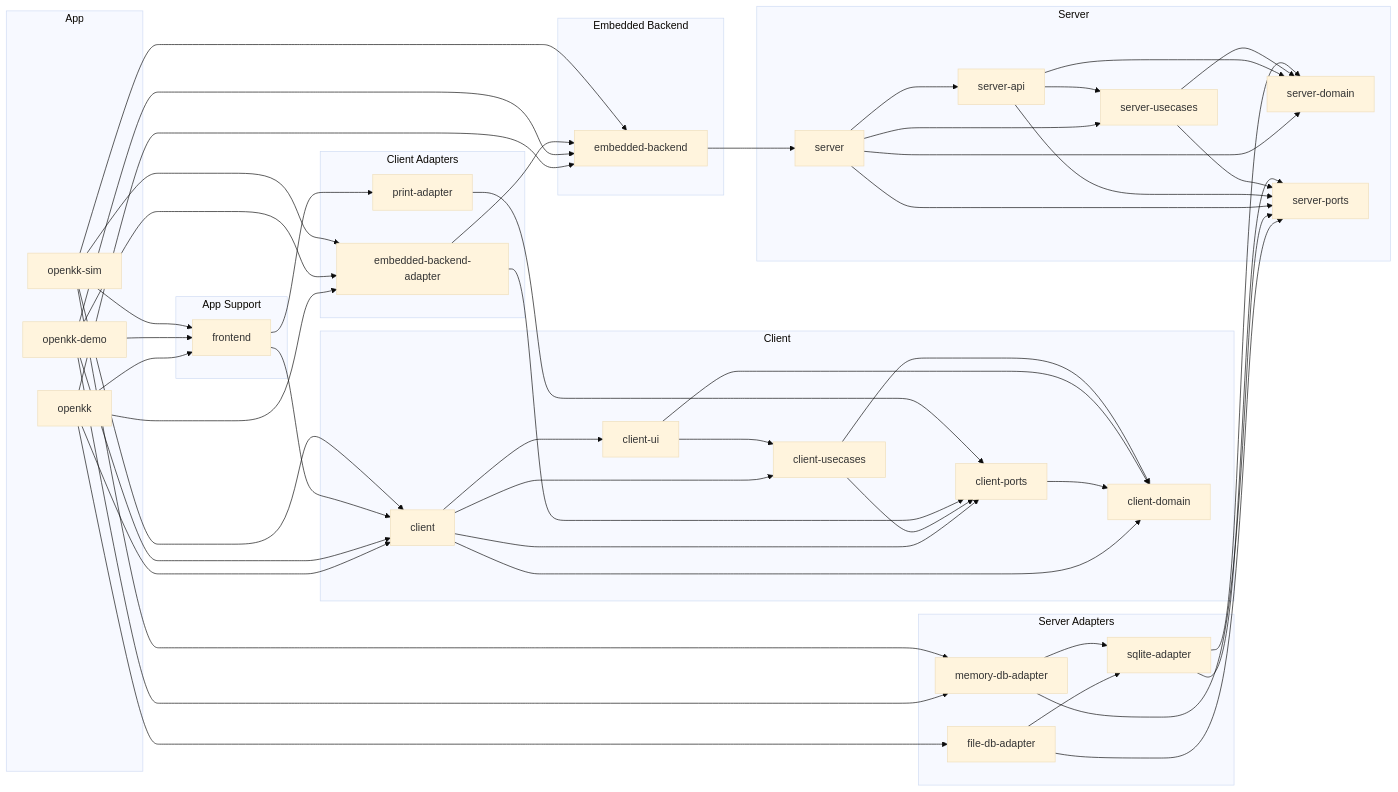
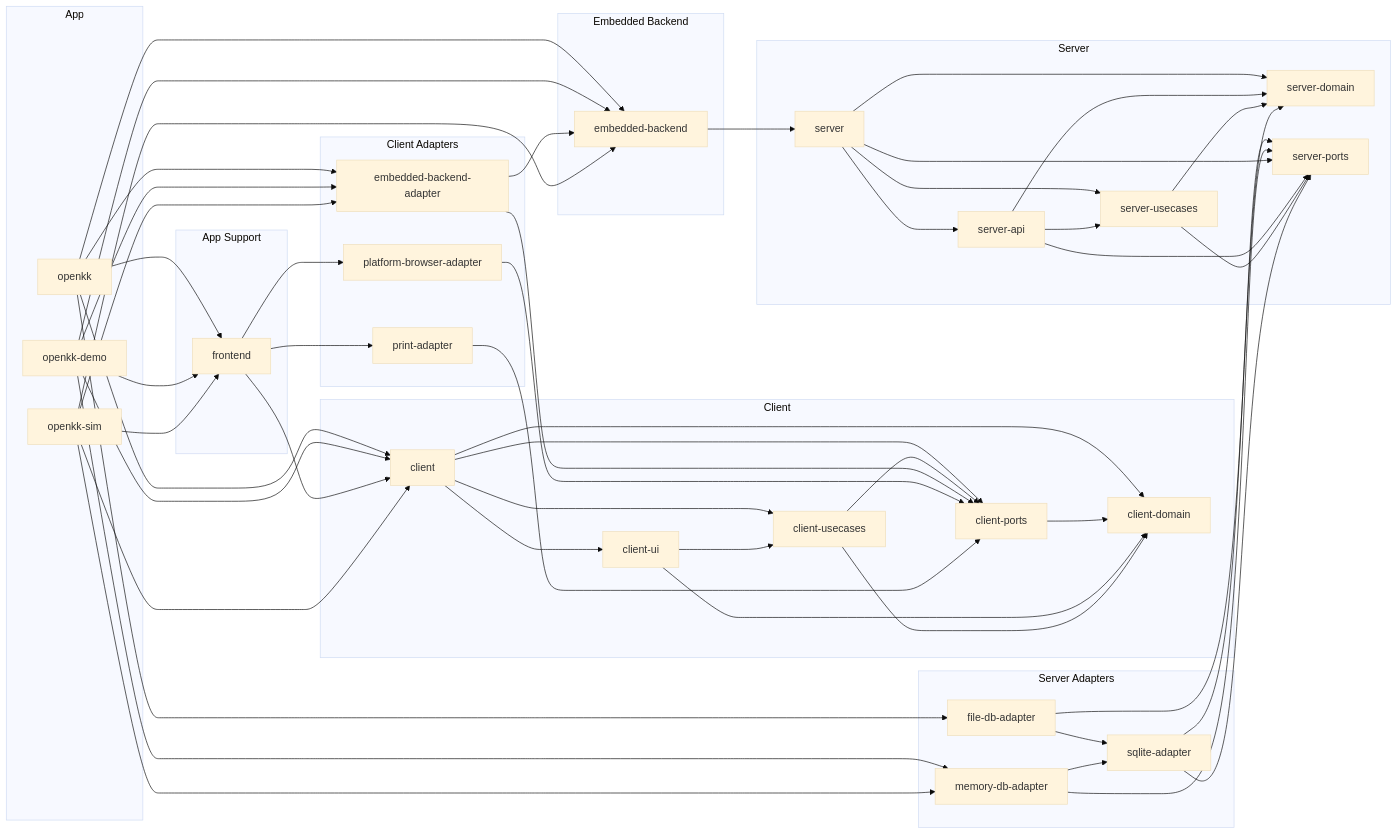
Before and after one commit to rubydogjp/openkk: the diagram in docs/dependency-graph.md, drawn with Mermaid (base theme). The commit also changed other lines of this file and 44 other files, not shown here.

First line of the commit message:
refactor: ブラウザ依存の機能を PlatformPort と platform-browser-adapter に分離する

```diff
--- a/docs/dependency-graph.md
+++ b/docs/dependency-graph.md
@@ -22,6 +22,7 @@
 
   subgraph client_adapters["Client Adapters"]
     rubydogjp_openkk_embedded_backend_adapter["embedded-backend-adapter"]
+    rubydogjp_openkk_platform_browser_adapter["platform-browser-adapter"]
     rubydogjp_openkk_print_adapter["print-adapter"]
   end
 
@@ -76,9 +77,11 @@
   rubydogjp_openkk_file_db_adapter --> rubydogjp_openkk_server_ports
   rubydogjp_openkk_file_db_adapter --> rubydogjp_openkk_sqlite_adapter
   rubydogjp_openkk_frontend --> rubydogjp_openkk_client
+  rubydogjp_openkk_frontend --> rubydogjp_openkk_platform_browser_adapter
   rubydogjp_openkk_frontend --> rubydogjp_openkk_print_adapter
   rubydogjp_openkk_memory_db_adapter --> rubydogjp_openkk_server_ports
   rubydogjp_openkk_memory_db_adapter --> rubydogjp_openkk_sqlite_adapter
+  rubydogjp_openkk_platform_browser_adapter --> rubydogjp_openkk_client_ports
   rubydogjp_openkk_print_adapter --> rubydogjp_openkk_client_ports
   rubydogjp_openkk_server --> rubydogjp_openkk_server_ports
   rubydogjp_openkk_server --> rubydogjp_openkk_server_api
```
